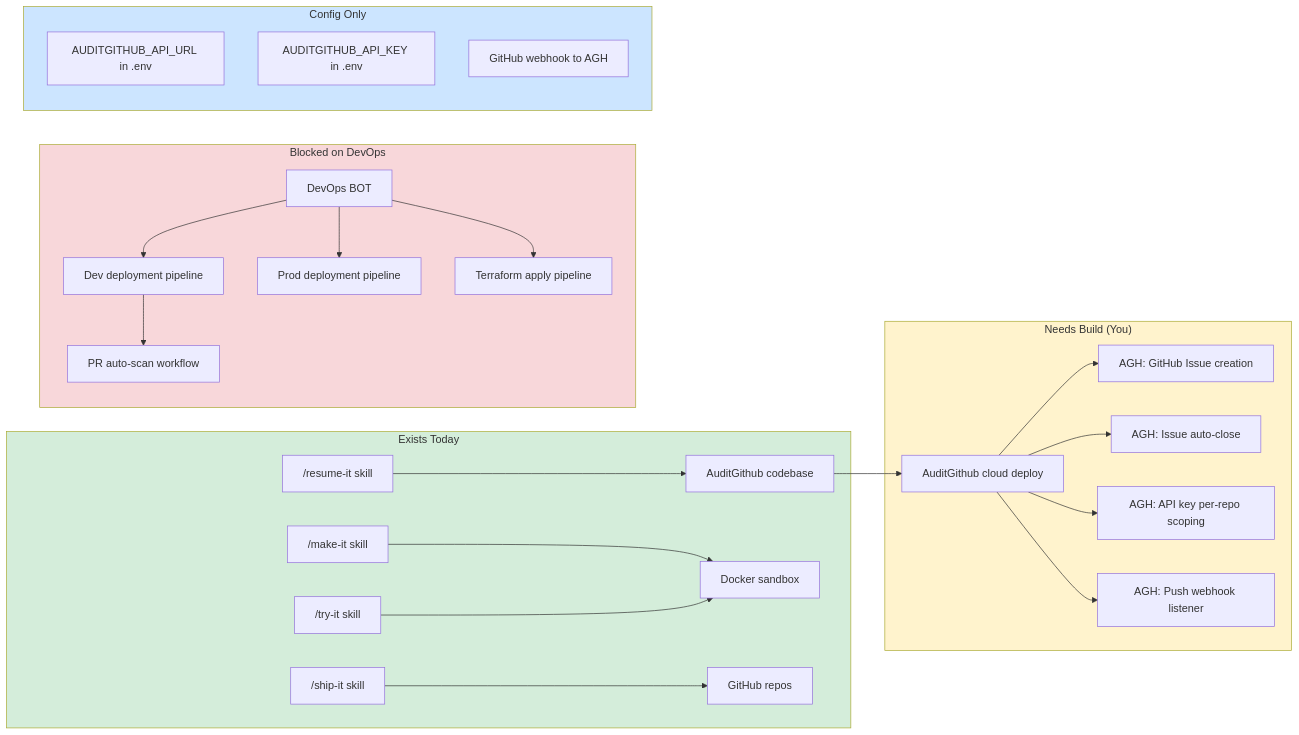
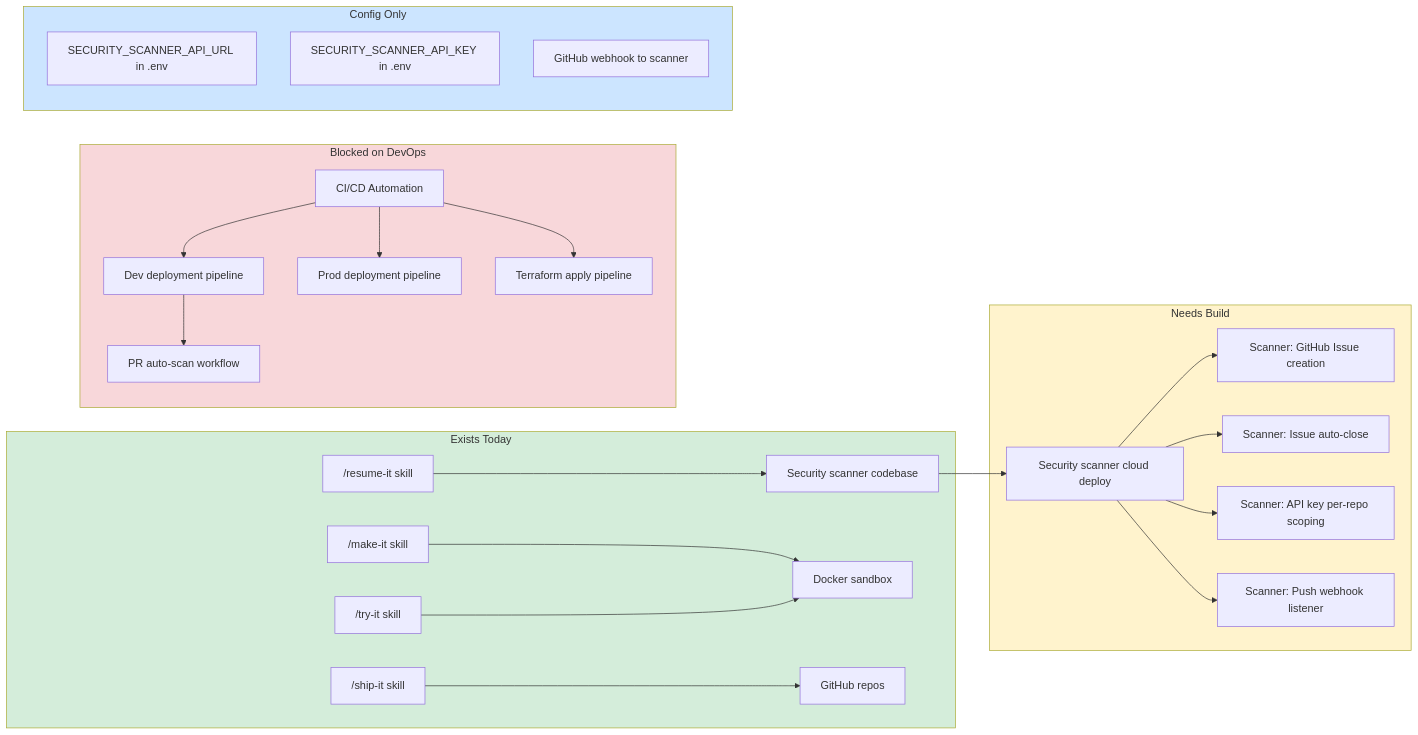
One commit to sealmindset/make-it changed the third of 4 diagrams in docs/sequence-diagrams.md. Above: the diagram before and after it, drawn with Mermaid. The commit also changed other lines of this file and 11 other files, not shown here.

````diff
--- a/docs/sequence-diagrams.md
+++ b/docs/sequence-diagrams.md
@@ -248,52 +248,52 @@
 ```mermaid
 graph LR
     subgraph EXISTS["Exists Today"]
         style EXISTS fill:#d4edda
         A["/make-it skill"]
         B["/try-it skill"]
         C["/resume-it skill"]
         D["/ship-it skill"]
-        E["AuditGithub codebase"]
+        E["Security scanner codebase"]
         F["Docker sandbox"]
         G["GitHub repos"]
     end
 
     subgraph BLOCKED["Blocked on DevOps"]
         style BLOCKED fill:#f8d7da
-        H["DevOps BOT"]
+        H["CI/CD Automation"]
         I["Dev deployment pipeline"]
         J["Prod deployment pipeline"]
         K["Terraform apply pipeline"]
         L["PR auto-scan workflow"]
     end
 
-    subgraph NEEDS_BUILD["Needs Build (You)"]
+    subgraph NEEDS_BUILD["Needs Build"]
         style NEEDS_BUILD fill:#fff3cd
-        M["AuditGithub cloud deploy"]
-        N["AGH: GitHub Issue creation"]
-        O["AGH: Issue auto-close"]
-        P["AGH: API key per-repo scoping"]
-        Q["AGH: Push webhook listener"]
+        M["Security scanner cloud deploy"]
+        N["Scanner: GitHub Issue creation"]
+        O["Scanner: Issue auto-close"]
+        P["Scanner: API key per-repo scoping"]
+        Q["Scanner: Push webhook listener"]
     end
 
     subgraph CONFIG_ONLY["Config Only"]
         style CONFIG_ONLY fill:#cce5ff
-        R["AUDITGITHUB_API_URL in .env"]
-        S["AUDITGITHUB_API_KEY in .env"]
-        T["GitHub webhook to AGH"]
+        R["SECURITY_SCANNER_API_URL in .env"]
+        S["SECURITY_SCANNER_API_KEY in .env"]
+        T["GitHub webhook to scanner"]
     end
 
     A --> F
     B --> F
     C --> E
     D --> G
     E --> M
     M --> N
     M --> O
     M --> P
     M --> Q
     H --> I
     H --> J
     H --> K
     I --> L
 ```
````
